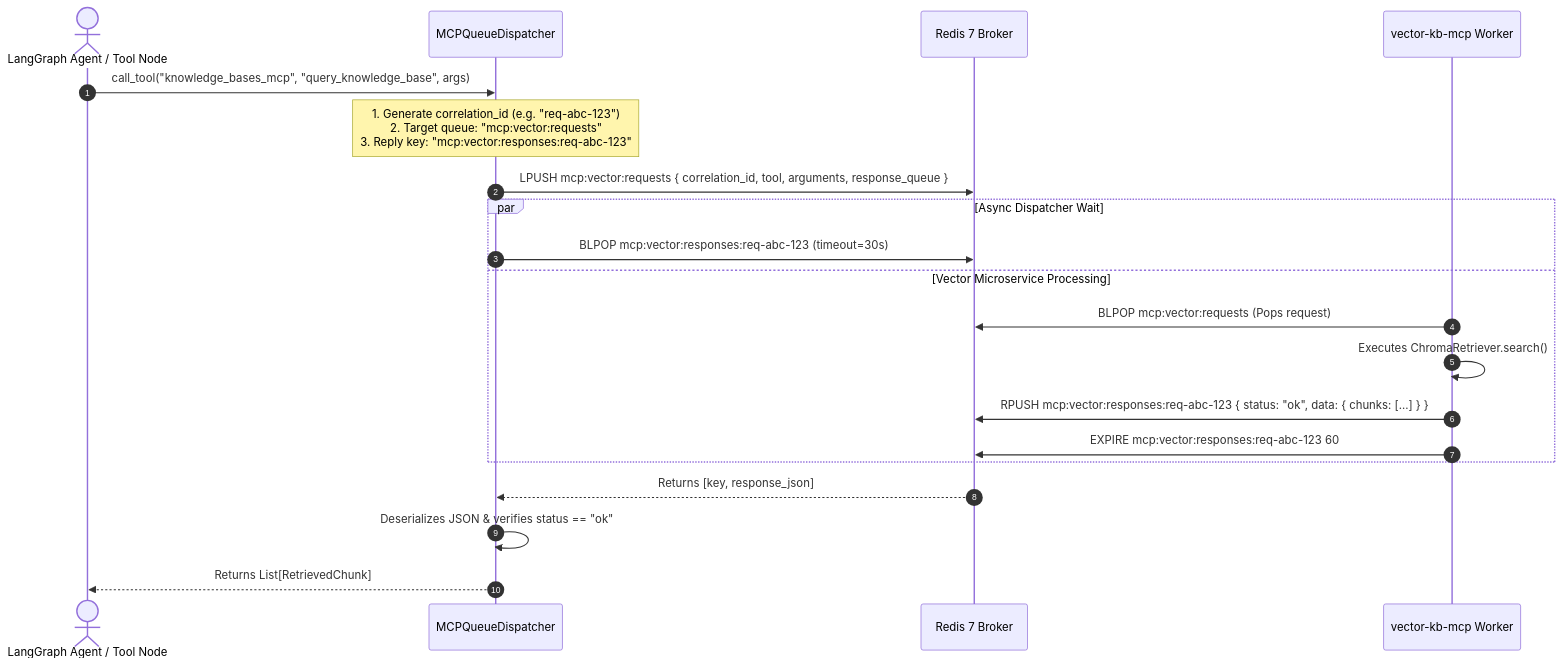
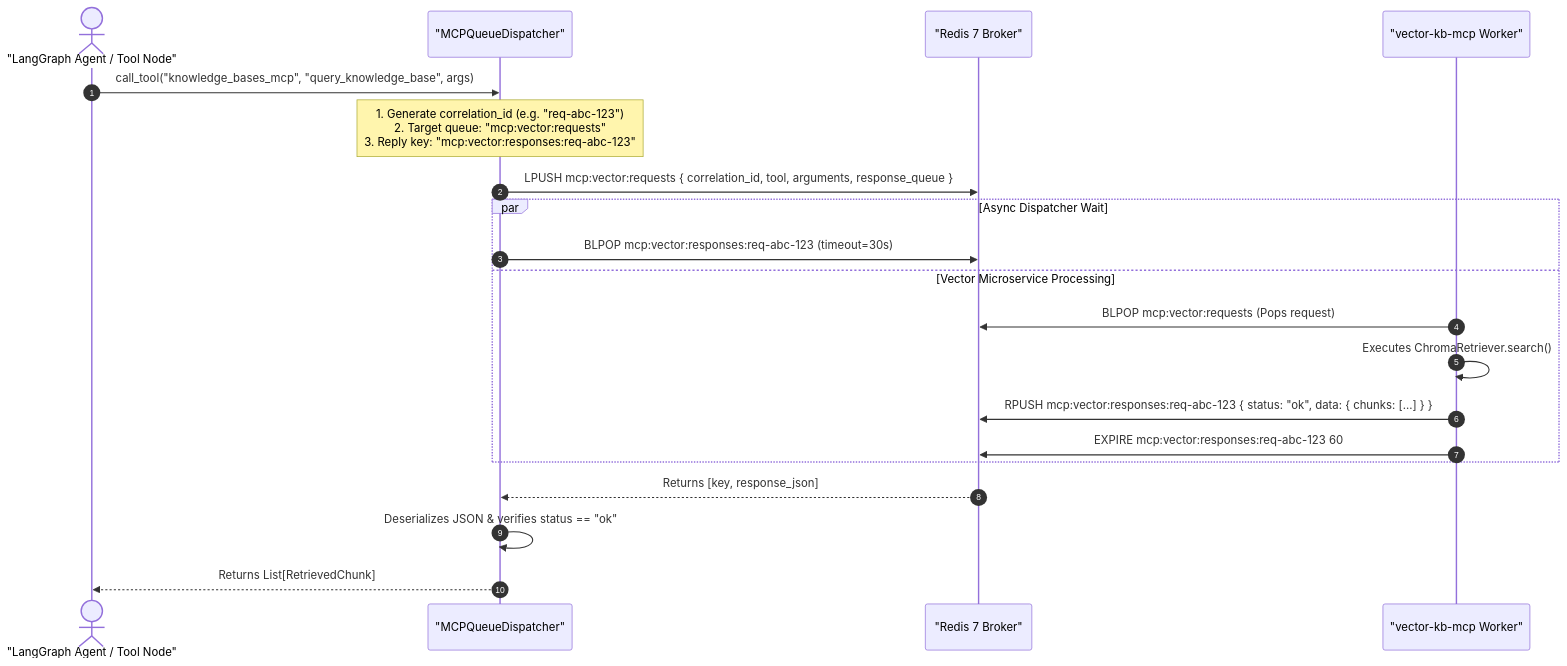
The diagram in docs/features/010_mcp_302_mcp_queue_dispatcher_spec.md (akvo/akvo-rag), drawn with Mermaid before and after one commit. The commit also changed 7 other files, not shown here.

Commit message:
docs(features): create 012_mcp_304 spec and fix mermaid diagram rendering across specs

````diff
--- a/docs/features/010_mcp_302_mcp_queue_dispatcher_spec.md
+++ b/docs/features/010_mcp_302_mcp_queue_dispatcher_spec.md
@@ -42,27 +42,27 @@
 ```mermaid
 sequenceDiagram
     autonumber
-    actor LangGraph as LangGraph Agent / Tool Node
-    participant Dispatcher as MCPQueueDispatcher
-    participant Redis as Redis 7 Broker
-    participant Worker as vector-kb-mcp Worker
+    actor LangGraph as "LangGraph Agent / Tool Node"
+    participant Dispatcher as "MCPQueueDispatcher"
+    participant Redis as "Redis 7 Broker"
+    participant Worker as "vector-kb-mcp Worker"
     
     LangGraph->>Dispatcher: call_tool("knowledge_bases_mcp", "query_knowledge_base", args)
     
     Note over Dispatcher: 1. Generate correlation_id (e.g. "req-abc-123")<br/>2. Target queue: "mcp:vector:requests"<br/>3. Reply key: "mcp:vector:responses:req-abc-123"
     
     Dispatcher->>Redis: LPUSH mcp:vector:requests { correlation_id, tool, arguments, response_queue }
     
     par Async Dispatcher Wait
         Dispatcher->>Redis: BLPOP mcp:vector:responses:req-abc-123 (timeout=30s)
     and Vector Microservice Processing
         Worker->>Redis: BLPOP mcp:vector:requests (Pops request)
         Worker->>Worker: Executes ChromaRetriever.search()
         Worker->>Redis: RPUSH mcp:vector:responses:req-abc-123 { status: "ok", data: { chunks: [...] } }
         Worker->>Redis: EXPIRE mcp:vector:responses:req-abc-123 60
     end
     
     Redis-->>Dispatcher: Returns [key, response_json]
     Dispatcher->>Dispatcher: Deserializes JSON & verifies status == "ok"
     Dispatcher-->>LangGraph: Returns List[RetrievedChunk]
 ```
````
